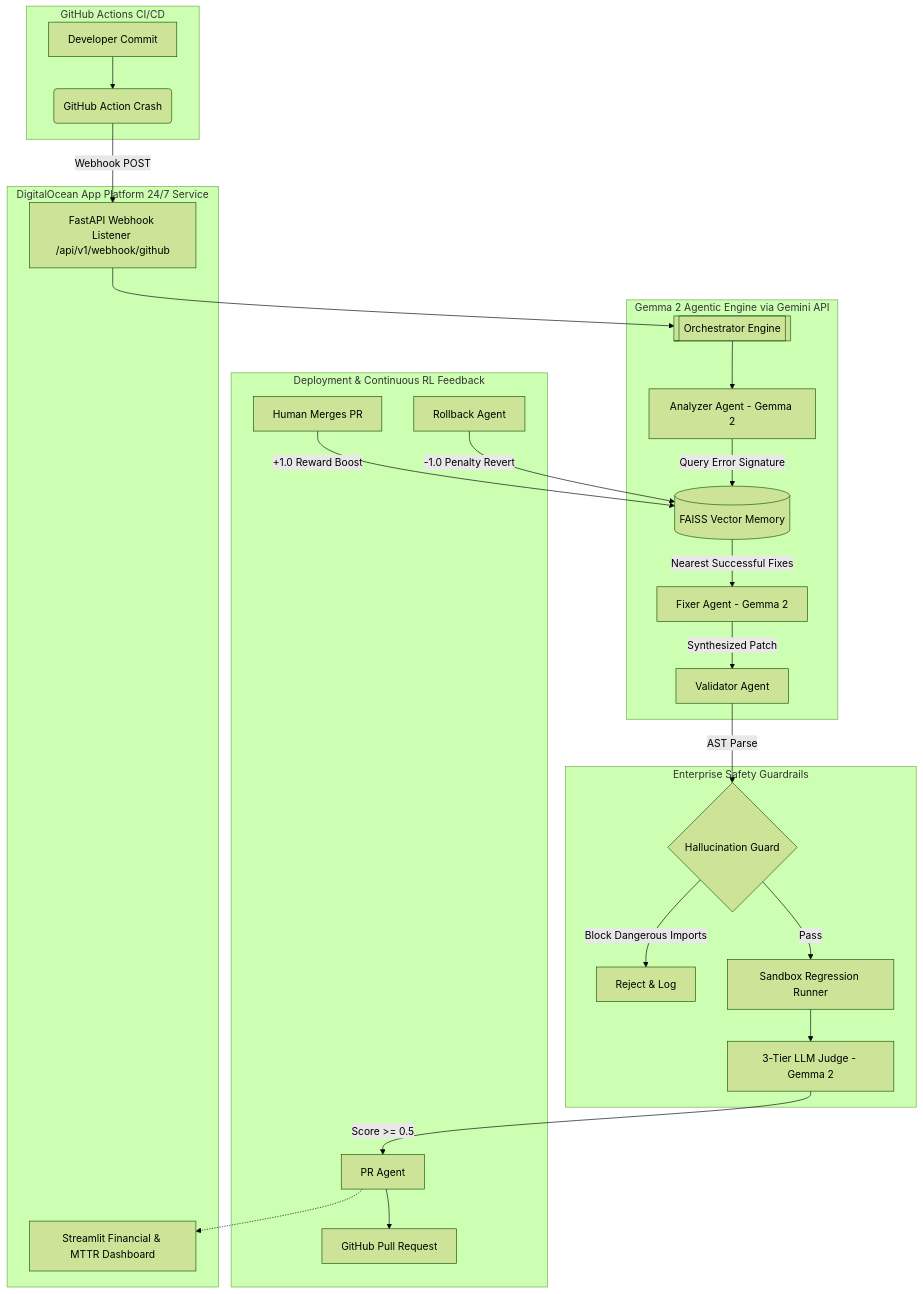
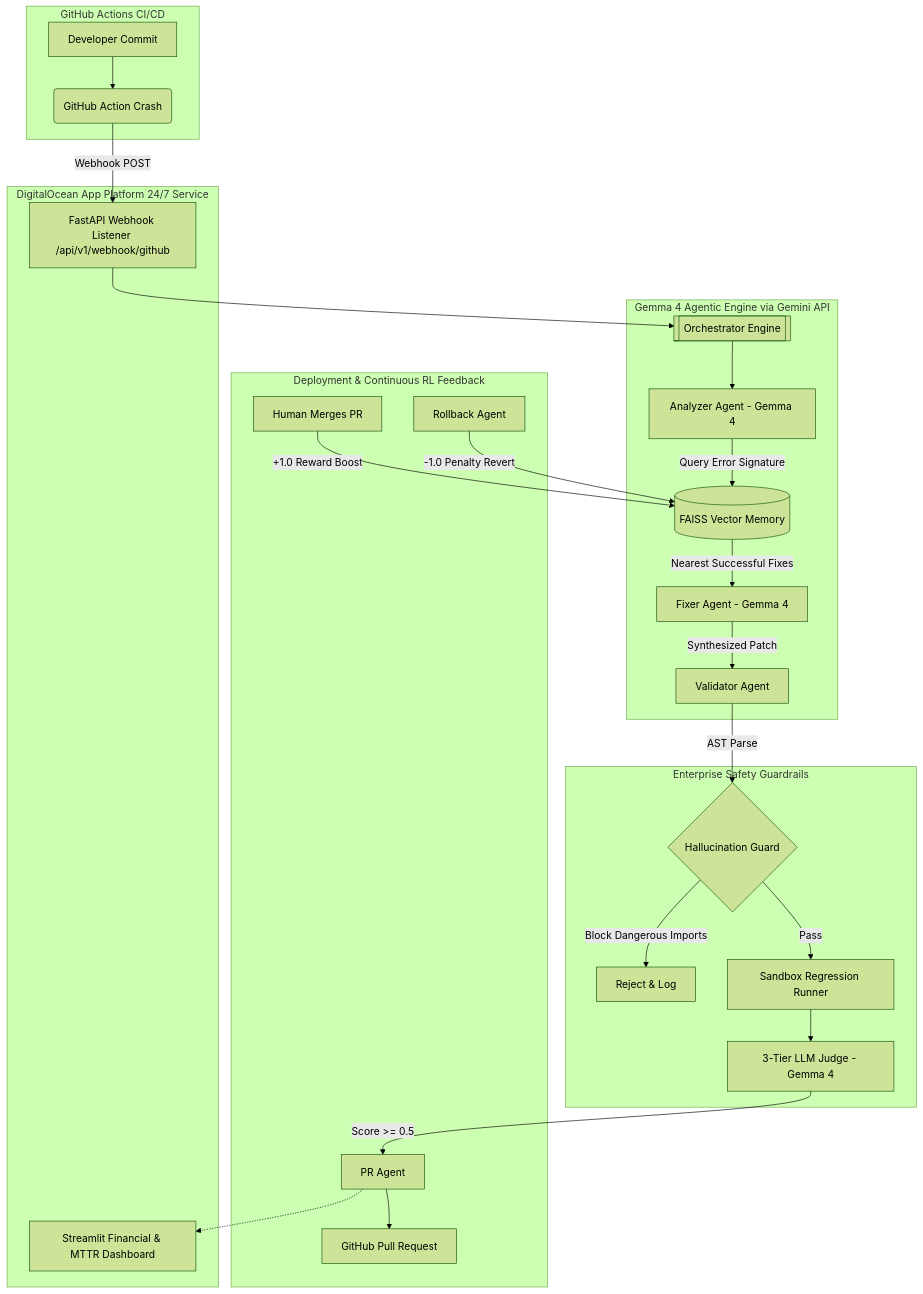
The diagram in README.md (Shubhamjkd01/AI_DevOps_X), drawn with Mermaid (forest theme) before and after one commit. The commit also changed other lines of this file and 1 other file, not shown here.

Commit message:
docs: standardize all references and badges to Google Gemma 4

````diff
--- a/README.md
+++ b/README.md
@@ -53,42 +46,42 @@
 ```mermaid
 flowchart TD
 
 %% Ingestion & Hosting
 subgraph DO [DigitalOcean App Platform 24/7 Service]
     API[FastAPI Webhook Listener /api/v1/webhook/github]
     DASH[Streamlit Financial & MTTR Dashboard]
 end
 
 %% Trigger Phase
 subgraph TRIGGER [GitHub Actions CI/CD]
     A[Developer Commit] --> B(GitHub Action Crash)
     B -->|Webhook POST| API
 end
 
-%% Gemma Reasoning Engine
-subgraph BRAIN [Gemma 2 Agentic Engine via Gemini API]
+%% Gemma 4 Reasoning Engine
+subgraph BRAIN [Gemma 4 Agentic Engine via Gemini API]
     API --> O[[Orchestrator Engine]]
-    O --> AN[Analyzer Agent - Gemma 2]
+    O --> AN[Analyzer Agent - Gemma 4]
     AN -->|Query Error Signature| MEM[(FAISS Vector Memory)]
-    MEM -->|Nearest Successful Fixes| FX[Fixer Agent - Gemma 2]
+    MEM -->|Nearest Successful Fixes| FX[Fixer Agent - Gemma 4]
     FX -->|Synthesized Patch| VAL[Validator Agent]
 end
 
 %% Safety Verification
 subgraph DEFENSE [Enterprise Safety Guardrails]
     VAL -->|AST Parse| HG{Hallucination Guard}
     HG -->|Block Dangerous Imports| REJECT[Reject & Log]
     HG -->|Pass| SBX[Sandbox Regression Runner]
-    SBX --> JUDGE[3-Tier LLM Judge - Gemma 2]
+    SBX --> JUDGE[3-Tier LLM Judge - Gemma 4]
 end
 
 %% Deployment & Feedback
 subgraph DELIVERY [Deployment & Continuous RL Feedback]
     JUDGE -->|Score >= 0.5| PR[PR Agent]
     PR --> GITHUB[GitHub Pull Request]
     PR -.-> DASH
     
     MERGE[Human Merges PR] -->|+1.0 Reward Boost| MEM
     REVERT[Rollback Agent] -->|-1.0 Penalty Revert| MEM
 end
 ```
````
